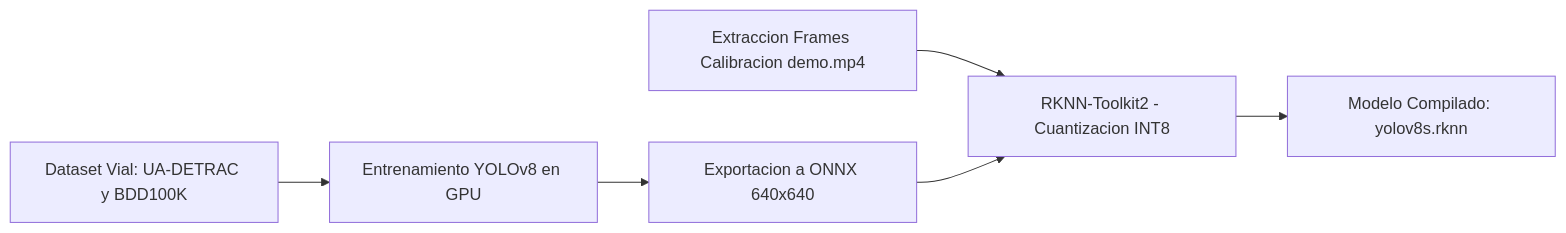
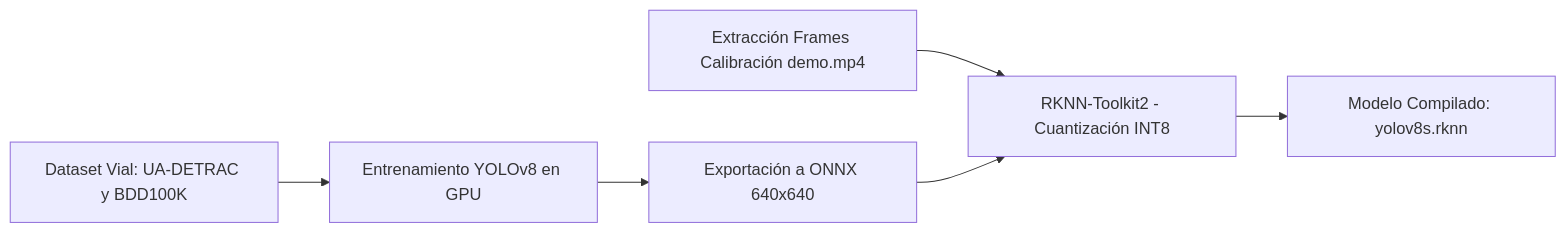
Before and after one commit to Pozole98/fluxa-smart-city: the diagram in docs/PLAN_ENTRENAMIENTO.md, drawn with Mermaid. The commit also changed 4 other files, not shown here.

Commit message:
fix(docs): corregir sintaxis de diagramas Mermaid para renderizado nativo en GitHub

````diff
--- a/docs/PLAN_ENTRENAMIENTO.md
+++ b/docs/PLAN_ENTRENAMIENTO.md
@@ -48,8 +48,8 @@
 ```mermaid
-graph LR
-    A[Dataset Vial: UA-DETRAC y BDD100K] --> B[Entrenamiento YOLOv8 en GPU]
-    B --> C[Exportacion a ONNX 640x640]
-    D[Extraccion Frames Calibracion demo.mp4] --> E[RKNN-Toolkit2 - Cuantizacion INT8]
+flowchart LR
+    A["Dataset Vial: UA-DETRAC y BDD100K"] --> B["Entrenamiento YOLOv8 en GPU"]
+    B --> C["Exportación a ONNX 640x640"]
+    D["Extracción Frames Calibración demo.mp4"] --> E["RKNN-Toolkit2 - Cuantización INT8"]
     C --> E
-    E --> F[Modelo Compilado: yolov8s.rknn]
+    E --> F["Modelo Compilado: yolov8s.rknn"]
 ```
````
